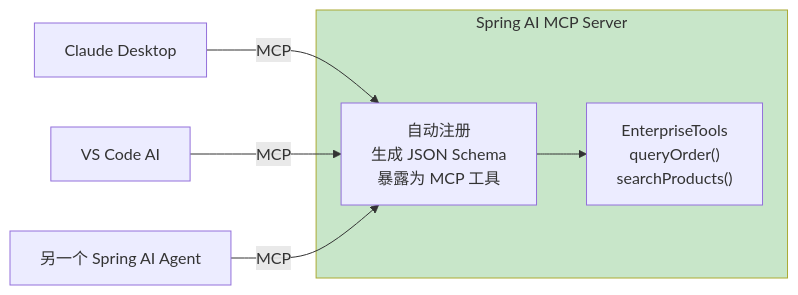
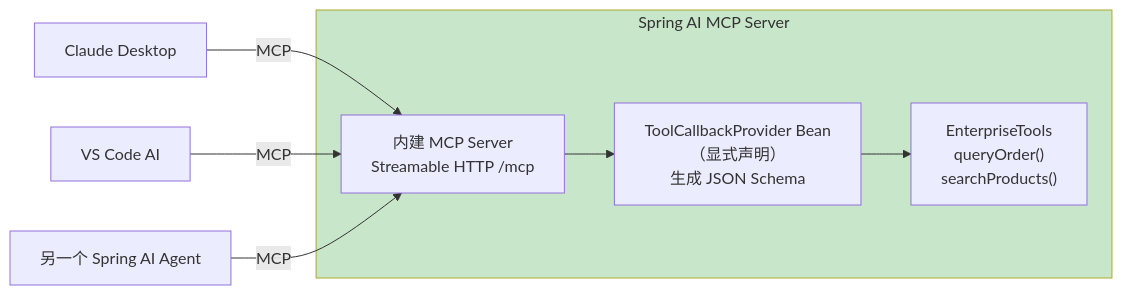
One commit to UranusGit/java-agent-learn changed the seventh of 10 diagrams in docs/教程/11-MCP协议.md. Above: the diagram before and after it, drawn with Mermaid. The commit also changed other lines of this file and 244 other files, not shown here.

````diff
--- a/docs/教程/11-MCP协议.md
+++ b/docs/教程/11-MCP协议.md
@@ -354,15 +488,17 @@
 ```mermaid
 graph LR
     subgraph MCP服务端["Spring AI MCP Server"]
         TOOLS["EnterpriseTools<br/>queryOrder()<br/>searchProducts()"]
-        AUTO["自动注册<br/>生成 JSON Schema<br/>暴露为 MCP 工具"]
+        PROVIDER["ToolCallbackProvider Bean<br/>（显式声明）<br/>生成 JSON Schema"]
+        SERVER["内建 MCP Server<br/>Streamable HTTP /mcp"]
     end
 
-    CLIENT1["Claude Desktop"] -->|"MCP"| AUTO
-    CLIENT2["VS Code AI"] -->|"MCP"| AUTO
-    CLIENT3["另一个 Spring AI Agent"] -->|"MCP"| AUTO
+    CLIENT1["Claude Desktop"] -->|"MCP"| SERVER
+    CLIENT2["VS Code AI"] -->|"MCP"| SERVER
+    CLIENT3["另一个 Spring AI Agent"] -->|"MCP"| SERVER
 
-    AUTO --> TOOLS
+    SERVER --> PROVIDER
+    PROVIDER --> TOOLS
 
     style MCP服务端 fill:#c8e6c9
 ```
````
